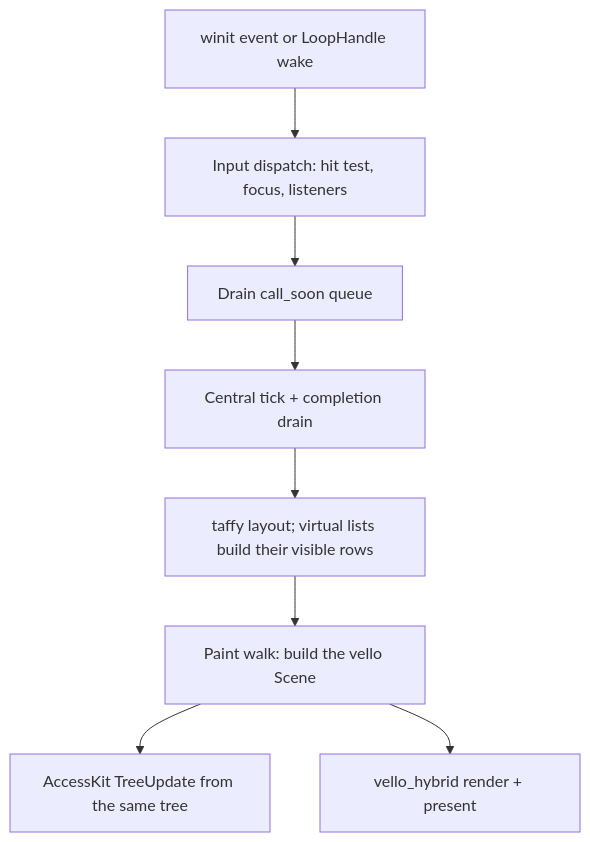
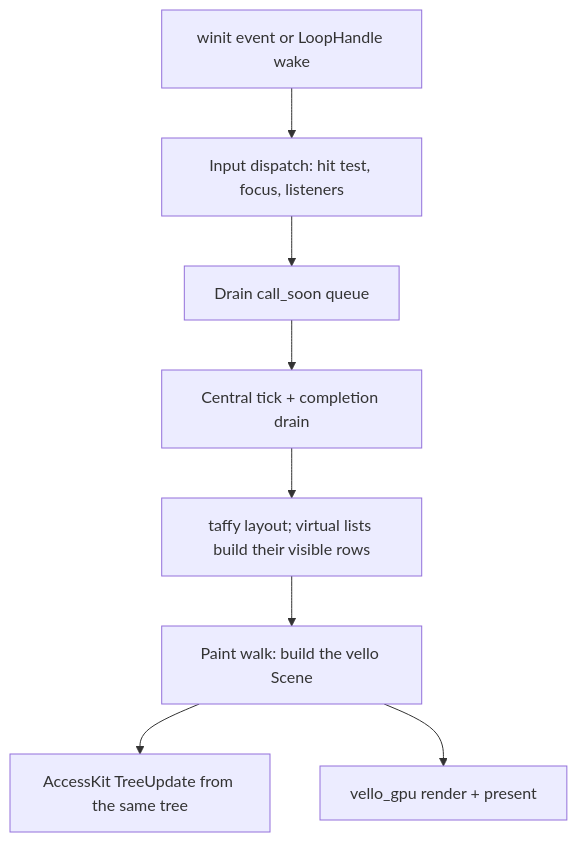
The second of 2 diagrams in ARCHITECTURE.md (mindderivative/tre), drawn with Mermaid before and after one commit. The commit also changed other lines of this file and 40 other files, not shown here.

First line of the commit message:
0.4.0 M2 Step 1: build on upstream vello_gpu and wgpu 30

````diff
--- a/ARCHITECTURE.md
+++ b/ARCHITECTURE.md
@@ -185,10 +186,10 @@
 ```mermaid
 flowchart TD
     EV[winit event or LoopHandle wake] --> IN[Input dispatch: hit test, focus, listeners]
     IN --> Q[Drain call_soon queue]
     Q --> TICK[Central tick + completion drain]
     TICK --> LAYOUT[taffy layout; virtual lists build their visible rows]
     LAYOUT --> PAINT[Paint walk: build the vello Scene]
     PAINT --> A11Y[AccessKit TreeUpdate from the same tree]
-    PAINT --> RENDER[vello_hybrid render + present]
+    PAINT --> RENDER[vello_gpu render + present]
 ```
````
